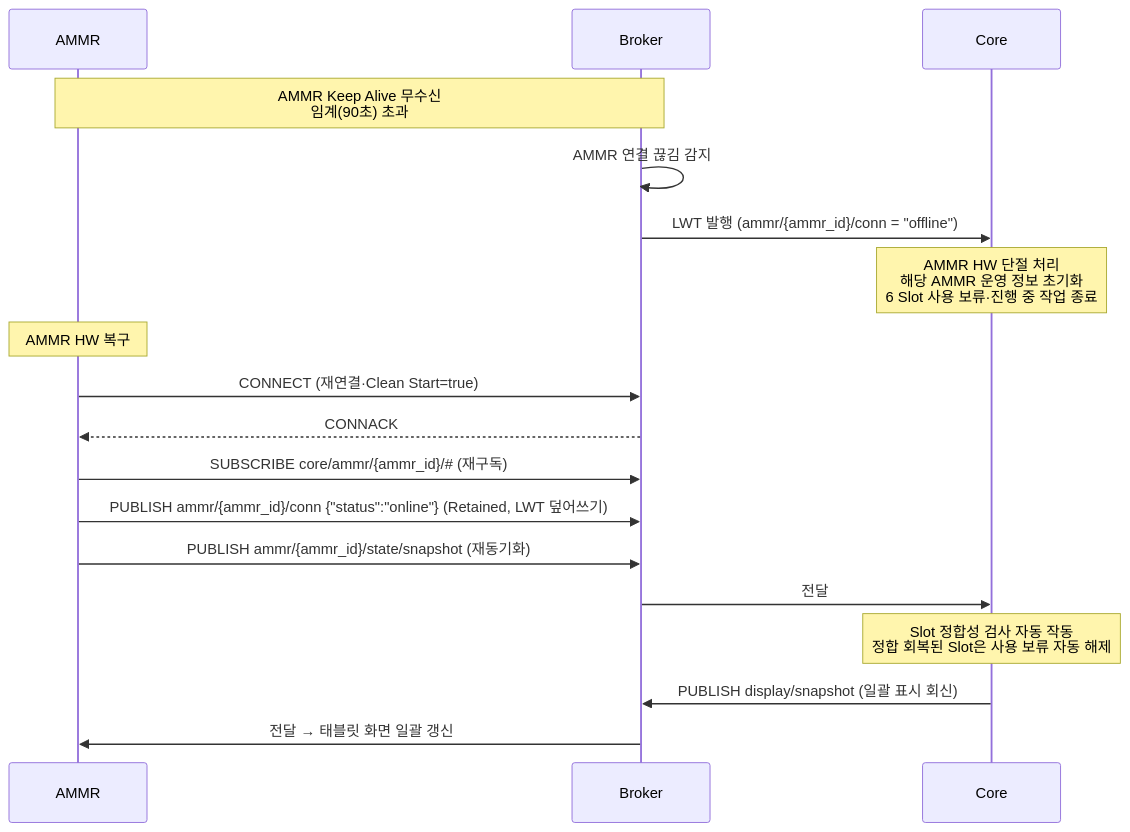
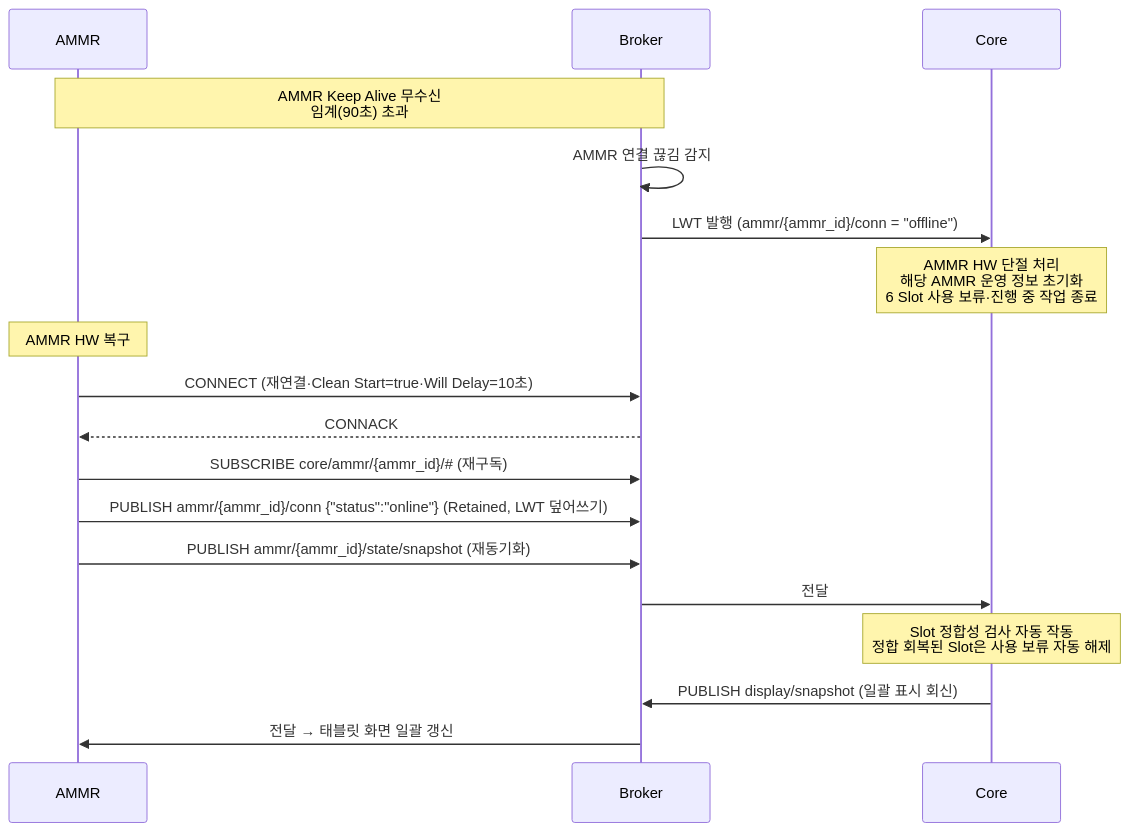
One commit to kimminsu0315/Core-Docs changed diagram 11 of 12 in docs/out/Core_ICD_AMMR.md. Above: the diagram before and after it, drawn with Mermaid. The commit also changed other lines of this file and 12 other files, not shown here.

````diff
--- a/docs/out/Core_ICD_AMMR.md
+++ b/docs/out/Core_ICD_AMMR.md
@@ -1175,22 +1179,22 @@
 ```mermaid
 sequenceDiagram
     participant A as AMMR
     participant B as Broker
     participant C as Core
 
     Note over A,B: AMMR Keep Alive 무수신<br/>임계(90초) 초과
     B->>B: AMMR 연결 끊김 감지
     B->>C: LWT 발행 (ammr/{ammr_id}/conn = "offline")
     Note over C: AMMR HW 단절 처리<br/>해당 AMMR 운영 정보 초기화<br/>6 Slot 사용 보류·진행 중 작업 종료
 
     Note over A: AMMR HW 복구
-    A->>B: CONNECT (재연결·Clean Start=true)
+    A->>B: CONNECT (재연결·Clean Start=true·Will Delay=10초)
     B-->>A: CONNACK
     A->>B: SUBSCRIBE core/ammr/{ammr_id}/#35; (재구독)
     A->>B: PUBLISH ammr/{ammr_id}/conn {"status":"online"} (Retained, LWT 덮어쓰기)
     A->>B: PUBLISH ammr/{ammr_id}/state/snapshot (재동기화)
     B->>C: 전달
     Note over C: Slot 정합성 검사 자동 작동<br/>정합 회복된 Slot은 사용 보류 자동 해제
     C->>B: PUBLISH display/snapshot (일괄 표시 회신)
     B->>A: 전달 → 태블릿 화면 일괄 갱신
 ```
````
